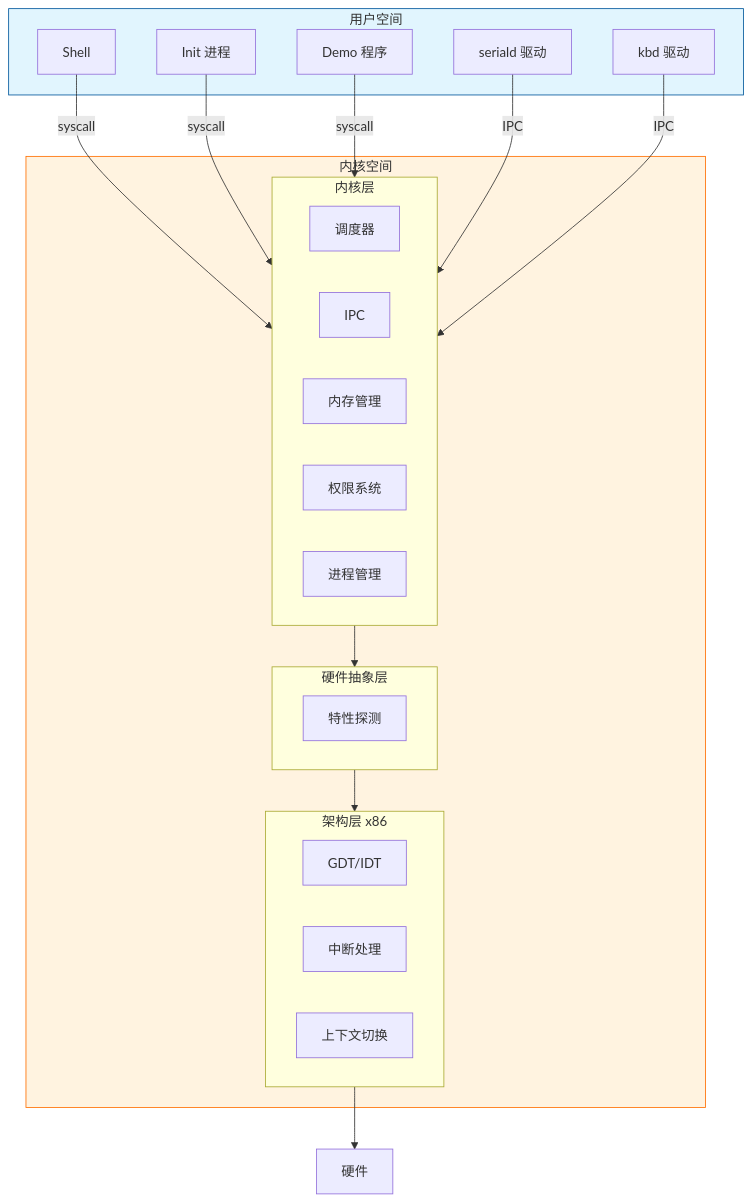
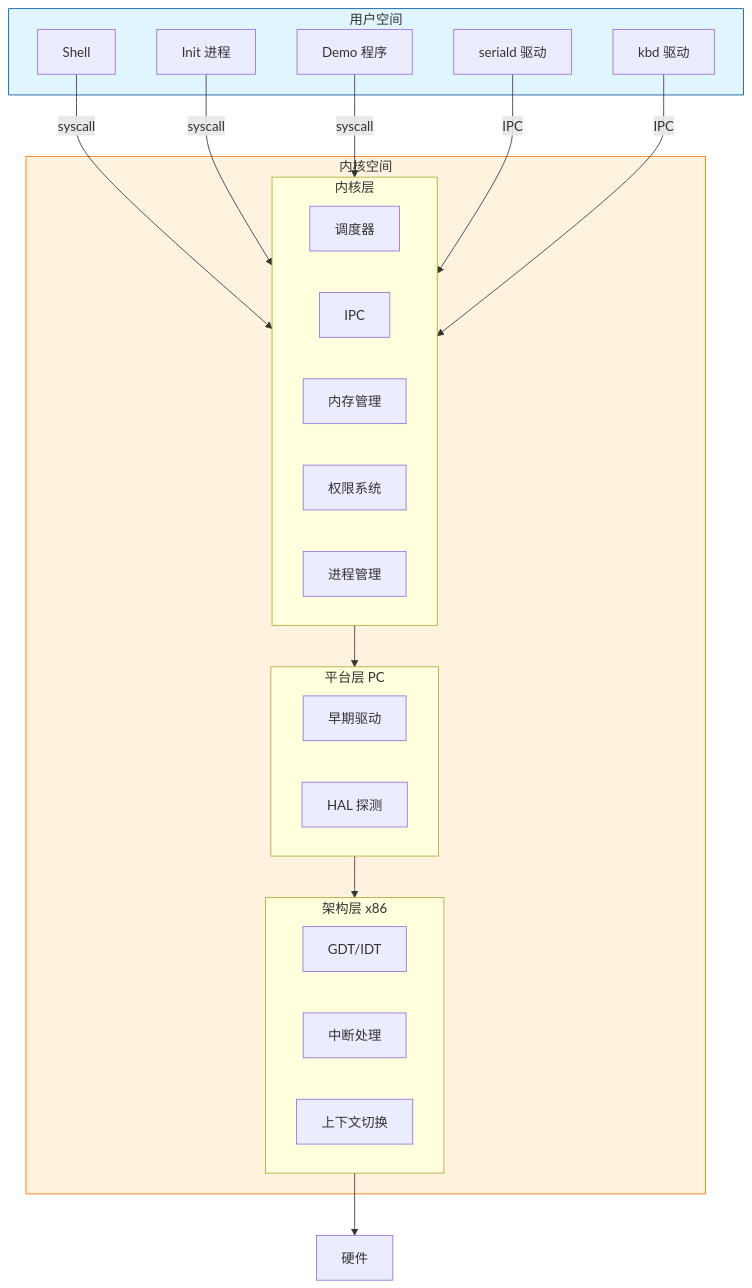
Before and after one commit to SH-XiaoXiu/xnix: the first of 3 diagrams in README.md, drawn with Mermaid. The commit also changed other lines of this file and 46 other files, not shown here.

````diff
--- a/README.md
+++ b/README.md
@@ -190,39 +199,40 @@
 ```mermaid
 graph TD
     subgraph UserSpace["用户空间"]
         Shell[Shell]
         Init[Init 进程]
         SerialD[seriald 驱动]
         KbdD[kbd 驱动]
         Demo[Demo 程序]
     end
 
     subgraph KernelSpace["内核空间"]
         subgraph Kernel["内核层"]
             Sched[调度器]
             IPC[IPC]
             MM[内存管理]
             Perms[权限系统]
             Proc[进程管理]
         end
 
-        subgraph HAL["硬件抽象层"]
-            Feature[特性探测]
+        subgraph Platform["平台层 PC"]
+            EarlyDrv[早期驱动]
+            HAL[HAL 探测]
         end
 
         subgraph Arch["架构层 x86"]
             GDT[GDT/IDT]
             IRQ[中断处理]
             Ctx[上下文切换]
         end
     end
 
     Hardware[硬件]
 
     Shell & Init & Demo -->|syscall| Kernel
     SerialD & KbdD -->|IPC| Kernel
-    Kernel --> HAL --> Arch --> Hardware
+    Kernel --> Platform --> Arch --> Hardware
 
     style UserSpace fill:#e1f5fe,stroke:#01579b
     style KernelSpace fill:#fff3e0,stroke:#ff6f00
 ```
````
